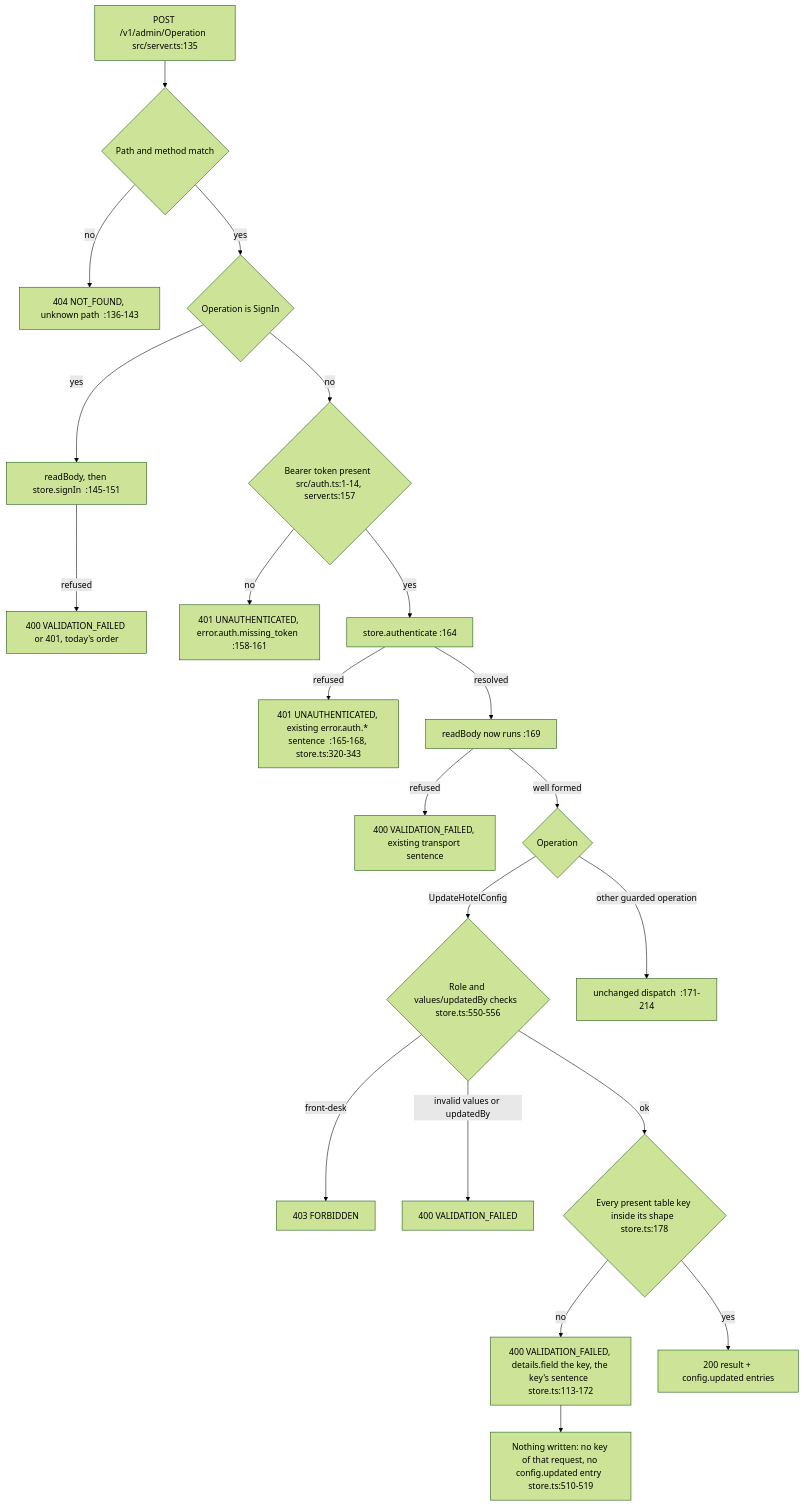
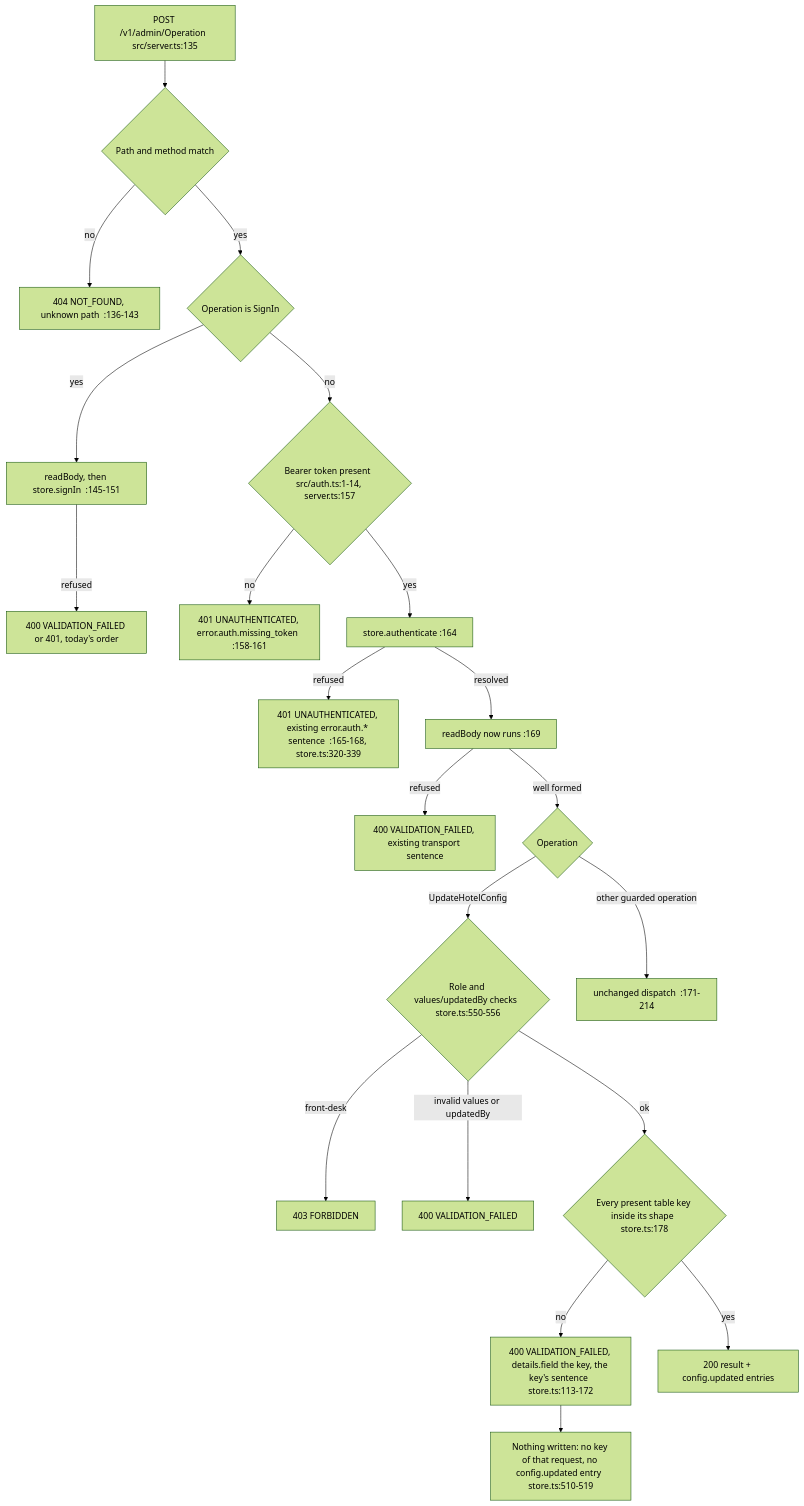
One commit to MingChen1501/hotel-mgmt changed the third of 3 diagrams in docs/architecture/services/admin.md. Above: the diagram before and after it, drawn with Mermaid (forest theme). The commit also changed other lines of this file and 1 other file, not shown here.

````diff
--- a/docs/architecture/services/admin.md
+++ b/docs/architecture/services/admin.md
@@ -92,23 +92,23 @@
 ```mermaid
 flowchart TD
     R[POST /v1/admin/Operation  src/server.ts:135] --> M{Path and method match}
     M -->|no| Z[404 NOT_FOUND, unknown path  :136-143]
     M -->|yes| S{Operation is SignIn}
     S -->|yes| SB[readBody, then store.signIn  :145-151]
     SB -->|refused| S4[400 VALIDATION_FAILED or 401, today's order]
     S -->|no| T{Bearer token present  src/auth.ts:1-14, server.ts:157}
     T -->|no| N1[401 UNAUTHENTICATED, error.auth.missing_token  :158-161]
     T -->|yes| A[store.authenticate  :164]
-    A -->|refused| N2[401 UNAUTHENTICATED, existing error.auth.* sentence  :165-168, store.ts:320-343]
+    A -->|refused| N2[401 UNAUTHENTICATED, existing error.auth.* sentence  :165-168, store.ts:320-339]
     A -->|resolved| B[readBody now runs  :169]
     B -->|refused| B4[400 VALIDATION_FAILED, existing transport sentence]
     B -->|well formed| D{Operation}
     D -->|UpdateHotelConfig| F{Role and values/updatedBy checks  store.ts:550-556}
     F -->|front-desk| F3[403 FORBIDDEN]
     F -->|invalid values or updatedBy| F4[400 VALIDATION_FAILED]
     F -->|ok| K{Every present table key inside its shape  store.ts:178}
     K -->|no| K4[400 VALIDATION_FAILED, details.field the key, the key's sentence  store.ts:113-172]
     K4 --> K5[Nothing written: no key of that request, no config.updated entry  store.ts:510-519]
     K -->|yes| W[200 result + config.updated entries]
     D -->|other guarded operation| O[unchanged dispatch  :171-214]
 ```
````
